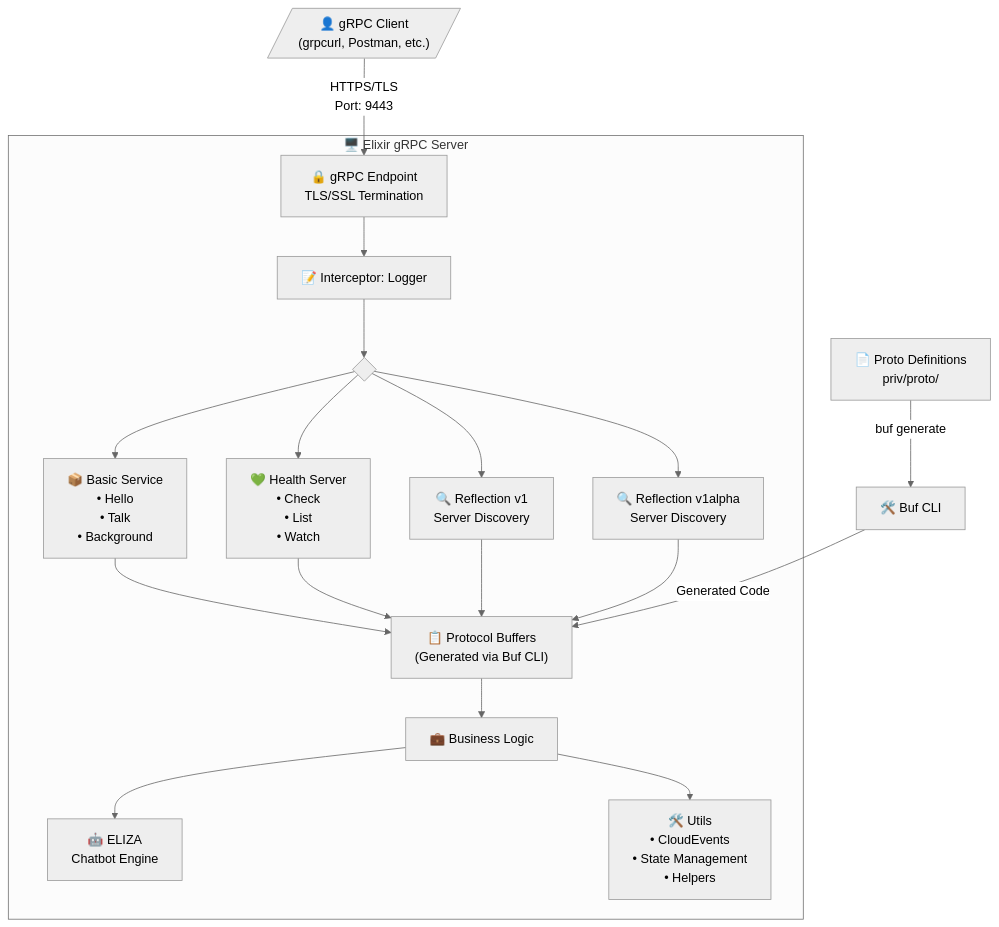
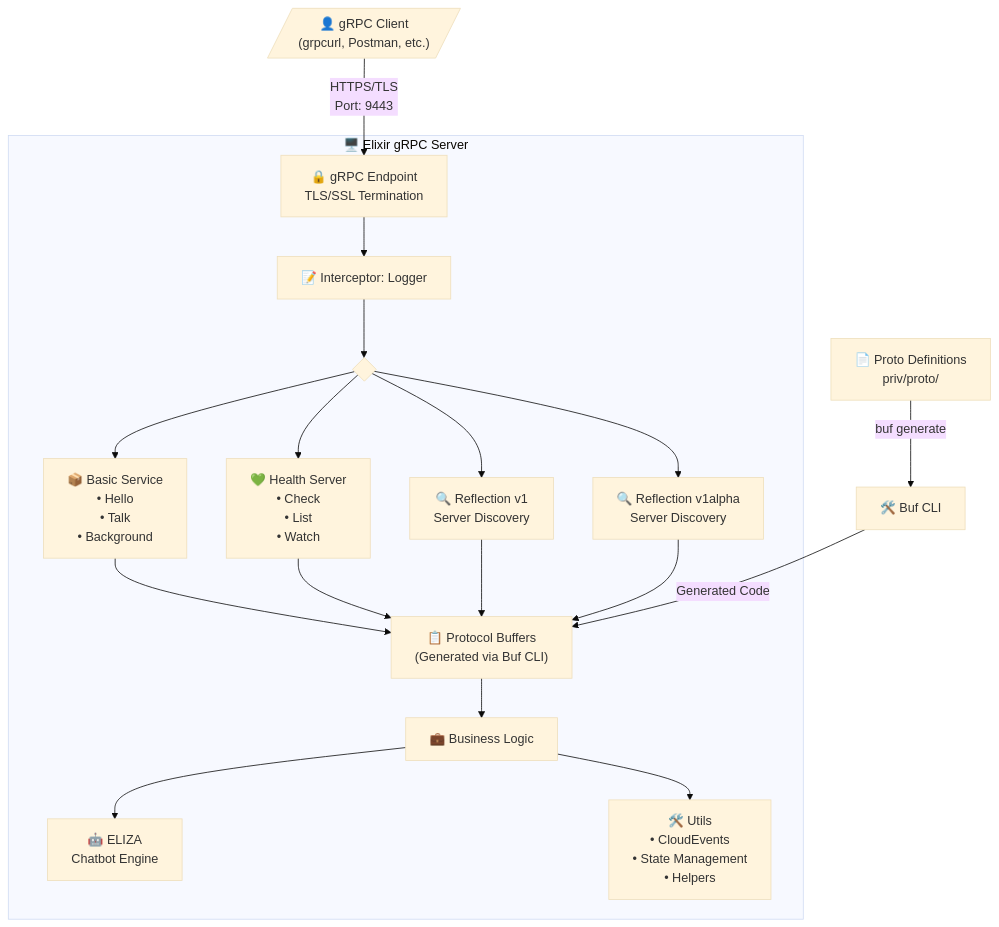
One commit to soundphilosopher/basic-grpc-service-elixir changed the diagram in README.md. Above: the diagram before and after it, drawn with Mermaid.

````diff
--- a/README.md
+++ b/README.md
@@ -245,36 +245,36 @@
 ```mermaid
-%%{init: {'theme':'neutral'}}%%
+%%{init: {'theme':'base'}}%%
 graph TB
     Client[/"👤 gRPC Client<br/>(grpcurl, Postman, etc.)"/]
 
     Client -->|"HTTPS/TLS<br/>Port: 9443"| Endpoint
 
     subgraph Server["🖥️ Elixir gRPC Server"]
         Endpoint["🔒 gRPC Endpoint<br/>TLS/SSL Termination"]
 
         Endpoint --> Logger["📝 Interceptor: Logger"]
 
         Logger --> Services{" "}
 
         Services --> BasicService["📦 Basic Service<br/>• Hello<br/>• Talk<br/>• Background"]
         Services --> HealthService["💚 Health Server<br/>• Check<br/>• List<br/>• Watch"]
         Services --> ReflectionV1["🔍 Reflection v1<br/>Server Discovery"]
         Services --> ReflectionV1Alpha["🔍 Reflection v1alpha<br/>Server Discovery"]
 
         BasicService --> Protobuf["📋 Protocol Buffers<br/>(Generated via Buf CLI)"]
         HealthService --> Protobuf
         ReflectionV1 --> Protobuf
         ReflectionV1Alpha --> Protobuf
 
         Protobuf --> BusinessLogic["💼 Business Logic"]
 
         BusinessLogic --> Eliza["🤖 ELIZA<br/>Chatbot Engine"]
         BusinessLogic --> Utils["🛠️ Utils<br/>• CloudEvents<br/>• State Management<br/>• Helpers"]
     end
 
     ProtoFiles["📄 Proto Definitions<br/>priv/proto/"]
     BufCLI["🛠️ Buf CLI"]
 
     ProtoFiles -->|"buf generate"| BufCLI
     BufCLI -->|"Generated Code"| Protobuf
 ```
````
